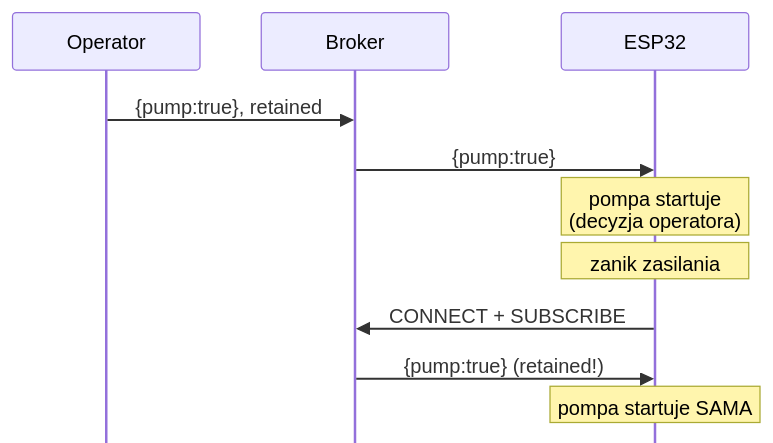
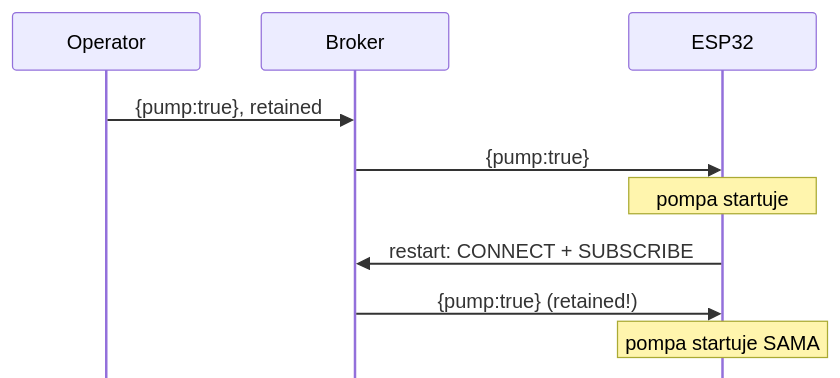
Before and after one commit to moondec/iot_lectures: the first of 5 diagrams in slides/04-mqtt-i-kontrakt-danych.qmd, drawn with Mermaid. The commit also changed other lines of this file and 20 other files, not shown here.

````diff
--- a/slides/04-mqtt-i-kontrakt-danych.qmd
+++ b/slides/04-mqtt-i-kontrakt-danych.qmd
@@ -161,16 +170,15 @@
 ```{mermaid}
 %%| fig-width: 6.8
-%%| fig-height: 4.0
+%%| fig-height: 3.1
 %%{init: {"sequence": {"mirrorActors": false, "actorMargin": 30, "width": 150, "height": 46, "boxMargin": 6, "noteMargin": 6, "messageMargin": 22, "diagramMarginX": 10, "diagramMarginY": 6}}}%%
 sequenceDiagram
     participant O as Operator
     participant B as Broker
     participant D as ESP32
     O->>B: {pump:true}, retained
     B->>D: {pump:true}
-    Note over D: pompa startuje<br>(decyzja operatora)
-    Note over D: zanik zasilania
-    D->>B: CONNECT + SUBSCRIBE
+    Note over D: pompa startuje
+    D->>B: restart: CONNECT + SUBSCRIBE
     B->>D: {pump:true} (retained!)
     Note over D: pompa startuje SAMA
 ```
````
